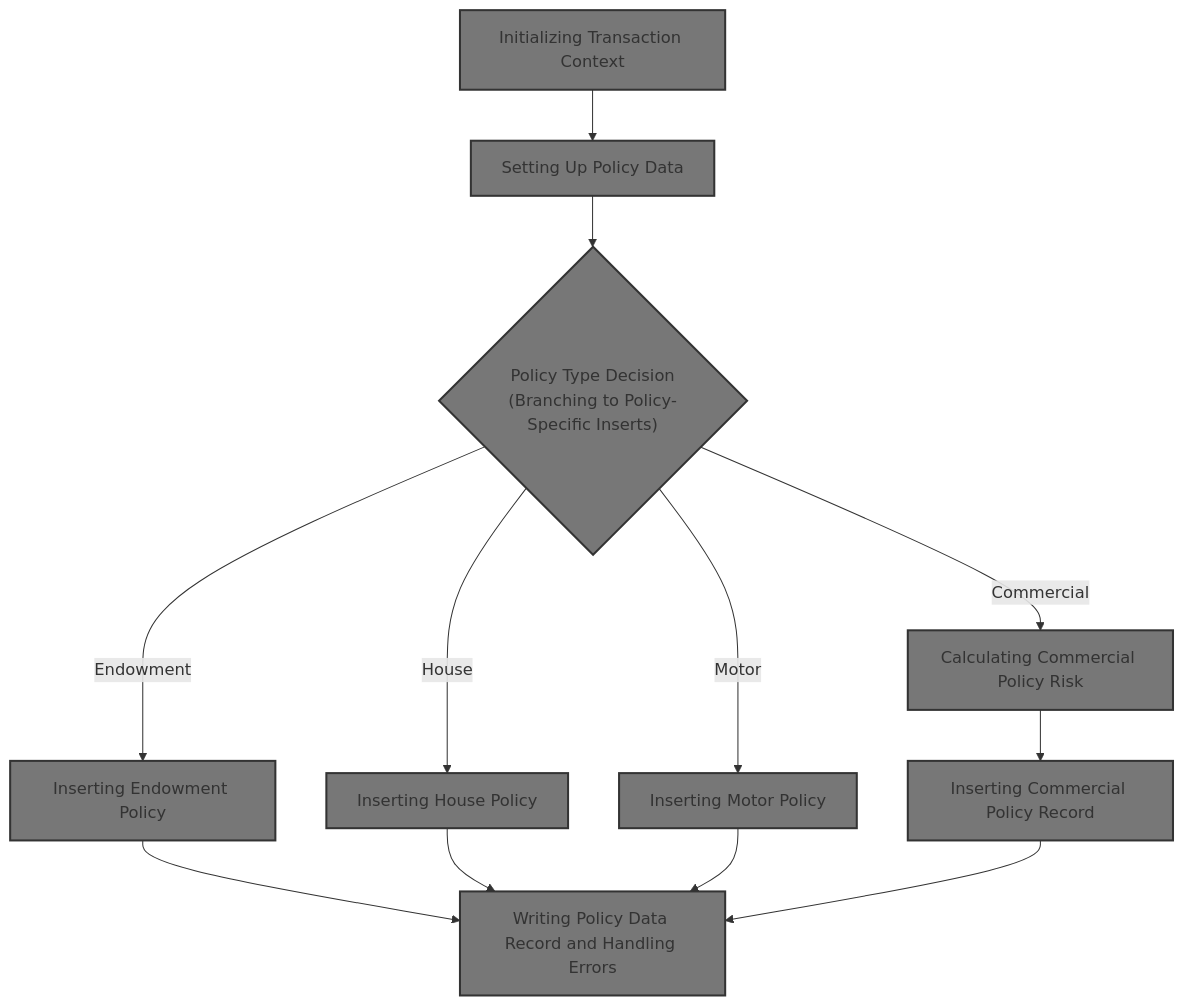
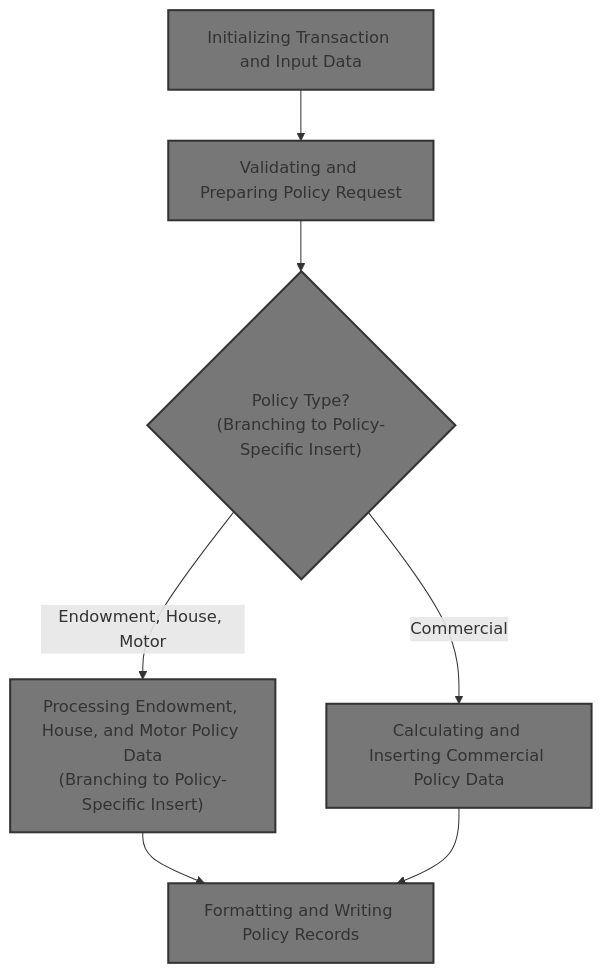
One commit to Giri-Swimm/Swimmio-genapp-motor changed the first of 15 diagrams in .swm/inserting-insurance-policy-data-lgapdb09.xwl743qs.sw.md. Above: the diagram before and after it, drawn with Mermaid. The commit also changed other lines of this file and 17 other files, not shown here.

Commit message:
motor policy inquire process as on 11 nov 2025

````diff
--- a/.swm/inserting-insurance-policy-data-lgapdb09.xwl743qs.sw.md
+++ b/.swm/inserting-insurance-policy-data-lgapdb09.xwl743qs.sw.md
@@ -8,26 +8,19 @@
 ```mermaid
 flowchart TD
-  node1["Initializing Transaction Context"]:::HeadingStyle
-  click node1 goToHeading "Initializing Transaction Context"
-  node1 --> node2["Setting Up Policy Data"]:::HeadingStyle
-  click node2 goToHeading "Setting Up Policy Data"
-  node2 --> node3{"Policy Type Decision
-(Branching to Policy-Specific Inserts)"}:::HeadingStyle
-  click node3 goToHeading "Branching to Policy-Specific Inserts"
-  node3 -->|"Endowment"| node4["Inserting Endowment Policy"]:::HeadingStyle
-  click node4 goToHeading "Inserting Endowment Policy"
-  node3 -->|"House"| node5["Inserting House Policy"]:::HeadingStyle
-  click node5 goToHeading "Inserting House Policy"
-  node3 -->|"Motor"| node6["Inserting Motor Policy"]:::HeadingStyle
-  click node6 goToHeading "Inserting Motor Policy"
-  node3 -->|"Commercial"| node7["Calculating Commercial Policy Risk"]:::HeadingStyle
-  click node7 goToHeading "Calculating Commercial Policy Risk"
-  node7 --> node8["Inserting Commercial Policy Record"]:::HeadingStyle
-  click node8 goToHeading "Inserting Commercial Policy Record"
-  node4 --> node9["Writing Policy Data Record and Handling Errors"]:::HeadingStyle
-  node5 --> node9
-  node6 --> node9
-  node8 --> node9
-  click node9 goToHeading "Writing Policy Data Record and Handling Errors"
+    node1["Initializing Transaction and Input Data"]:::HeadingStyle
+    click node1 goToHeading "Initializing Transaction and Input Data"
+    node1 --> node2["Validating and Preparing Policy Request"]:::HeadingStyle
+    click node2 goToHeading "Validating and Preparing Policy Request"
+    node2 --> node3{"Policy Type?
+(Branching to Policy-Specific Insert)"}:::HeadingStyle
+    click node3 goToHeading "Branching to Policy-Specific Insert"
+    node3 -->|"Endowment, House, Motor"| node4["Processing Endowment, House, and Motor Policy Data
+(Branching to Policy-Specific Insert)"]:::HeadingStyle
+    click node4 goToHeading "Branching to Policy-Specific Insert"
+    node3 -->|"Commercial"| node5["Calculating and Inserting Commercial Policy Data"]:::HeadingStyle
+    click node5 goToHeading "Calculating and Inserting Commercial Policy Data"
+    node4 --> node6["Formatting and Writing Policy Records"]:::HeadingStyle
+    click node6 goToHeading "Formatting and Writing Policy Records"
+    node5 --> node6
 classDef HeadingStyle fill:#777777,stroke:#333,stroke-width:2px;
 ```
````
